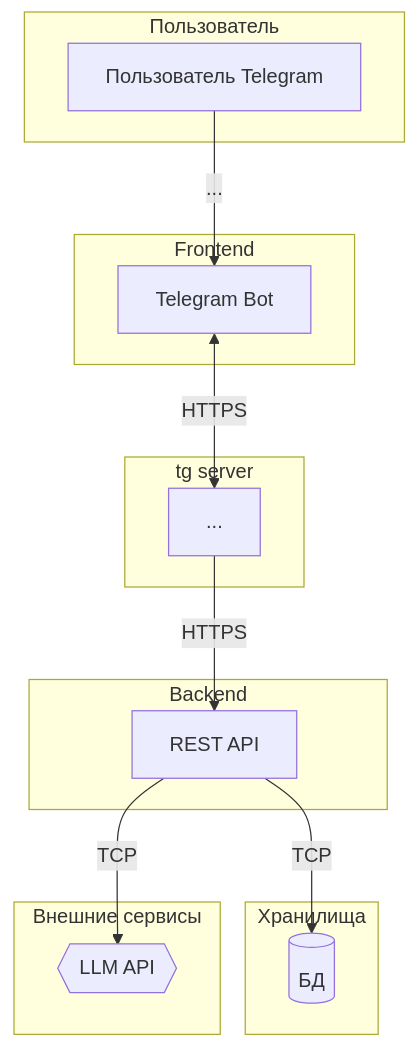
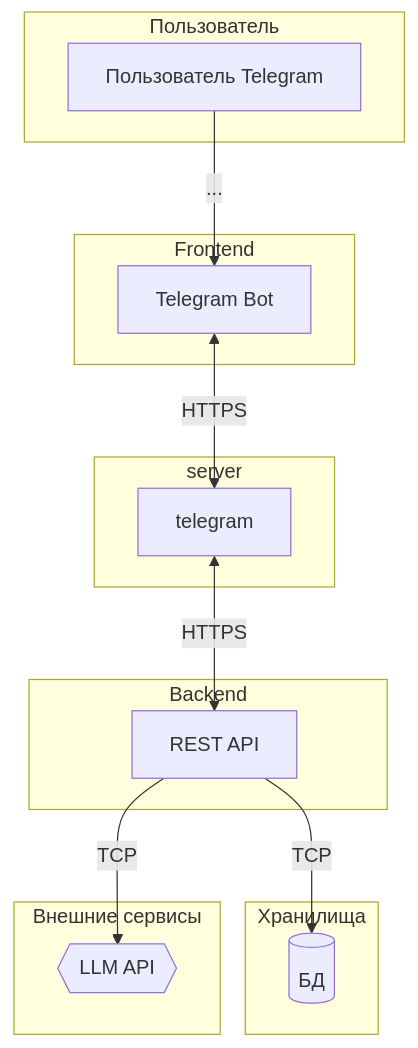
Before and after one commit to patolog123/Analyst-3.0: the diagram in Анастасия_Друзьянова/architect.MD, drawn with Mermaid.

````diff
--- a/Анастасия_Друзьянова/architect.MD
+++ b/Анастасия_Друзьянова/architect.MD
@@ -1,33 +1,33 @@
 ```mermaid
 graph TD
     subgraph "Пользователь"
         A[Пользователь Telegram]
     end
 
     subgraph "Frontend"
         B[Telegram Bot]
     end
     
-    subgraph "tg server"
-        C[...]
+    subgraph "server"
+        C[telegram]
     end
 
     subgraph "Backend"
         D[REST API]
     end
 
     subgraph "Хранилища"
         E[(БД)]
     end
 
     subgraph "Внешние сервисы"
         F{{LLM API}}
     end
 
     %% Связи между компонентами
     A -- ... --> B
     B <-- HTTPS --> C
-    C -- HTTPS --> D
+    C <-- HTTPS --> D
     D -- TCP --> E
     D -- TCP --> F
 ```
````
